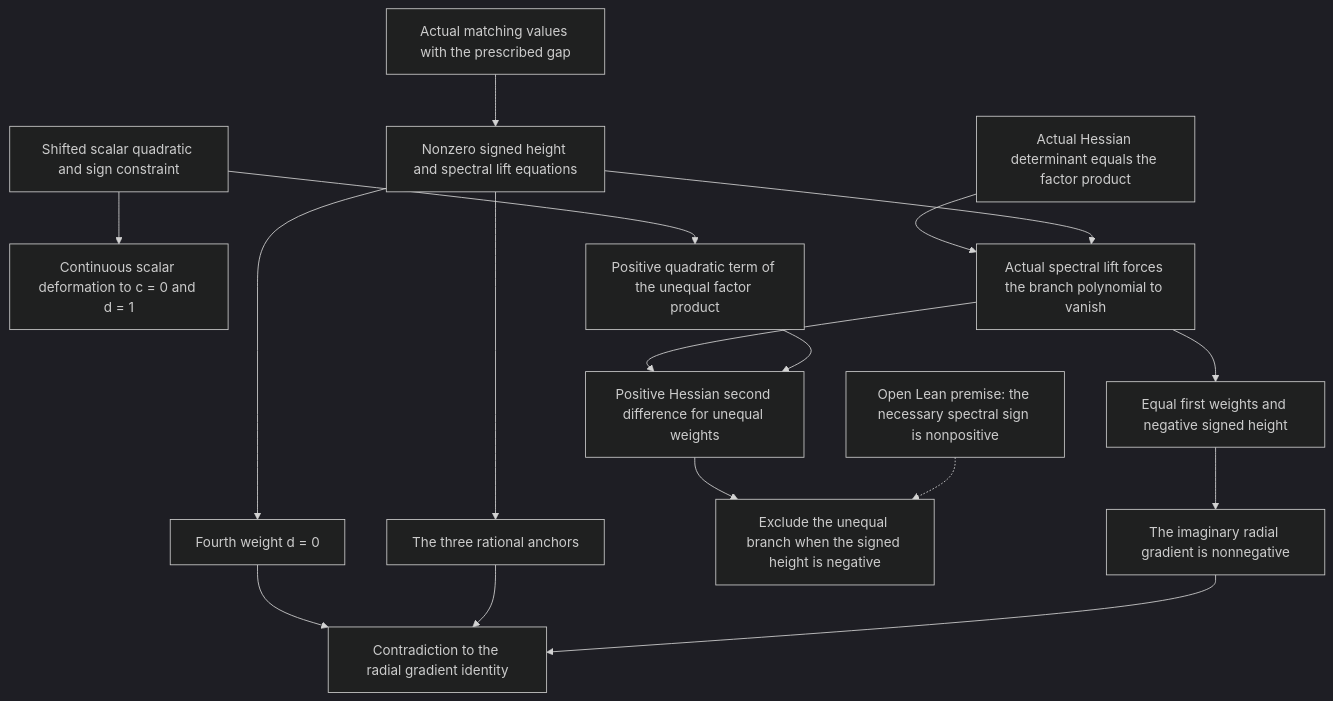
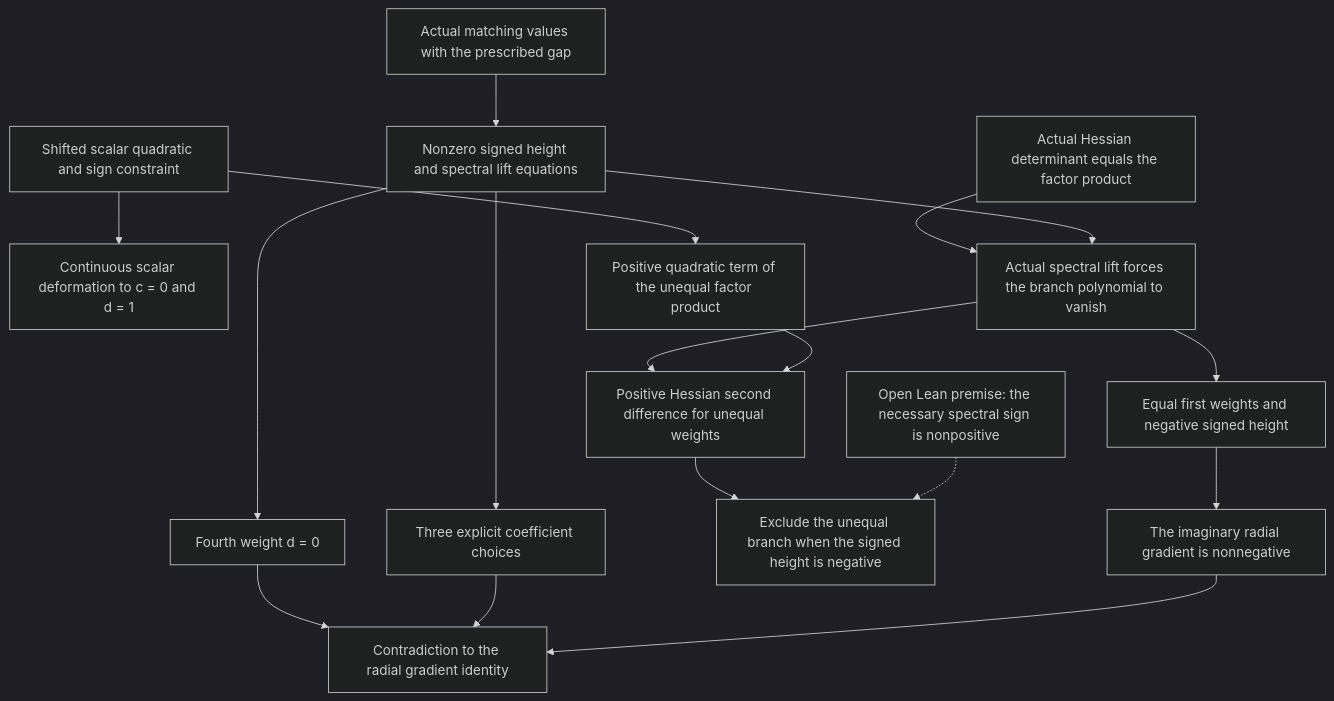
The diagram in Docs/order-four-five-parameter-contact-proof-map.md (ascendnoosphere/MOC), drawn with Mermaid (dark theme) before and after one commit. The commit also changed other lines of this file and 148 other files, not shown here.

````diff
--- a/Docs/order-four-five-parameter-contact-proof-map.md
+++ b/Docs/order-four-five-parameter-contact-proof-map.md
@@ -19,34 +20,34 @@
 ```mermaid
 flowchart TD
     A["Actual matching values with the prescribed gap"]
     B["Nonzero signed height and spectral lift equations"]
     C["Fourth weight d = 0"]
-    D["The three rational anchors"]
+    D["Three explicit coefficient choices"]
     E["Contradiction to the radial gradient identity"]
     S["Shifted scalar quadratic and sign constraint"]
     T["Continuous scalar deformation to c = 0 and d = 1"]
     P["Positive quadratic term of the unequal factor product"]
     H["Actual Hessian determinant equals the factor product"]
     J["Actual spectral lift forces the branch polynomial to vanish"]
     O["Positive Hessian second difference for unequal weights"]
     N["Open Lean premise: the necessary spectral sign is nonpositive"]
     X["Exclude the unequal branch when the signed height is negative"]
     F["Equal first weights and negative signed height"]
     R["The imaginary radial gradient is nonnegative"]
     A --> B
     B --> C
     B --> D
     C --> E
     D --> E
     S --> T
     S --> P
     H --> J
     B --> J
     J --> O
     P --> O
     O --> X
     N -.-> X
     J --> F
     F --> R
     R --> E
 ```
````
